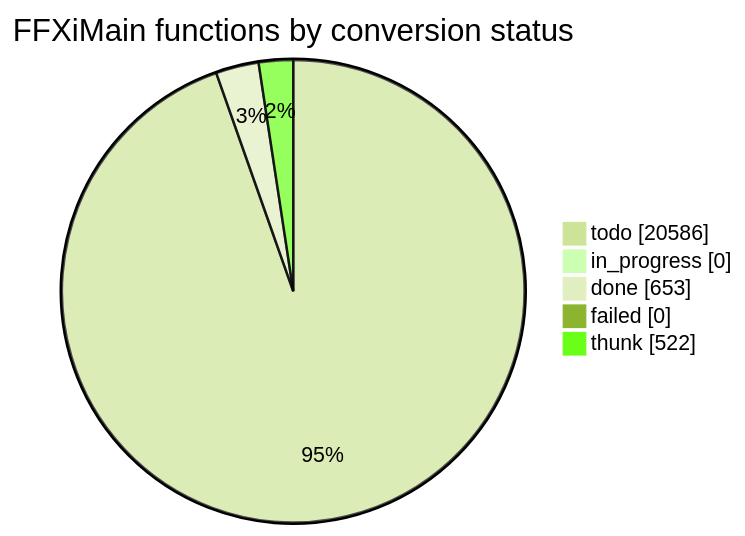
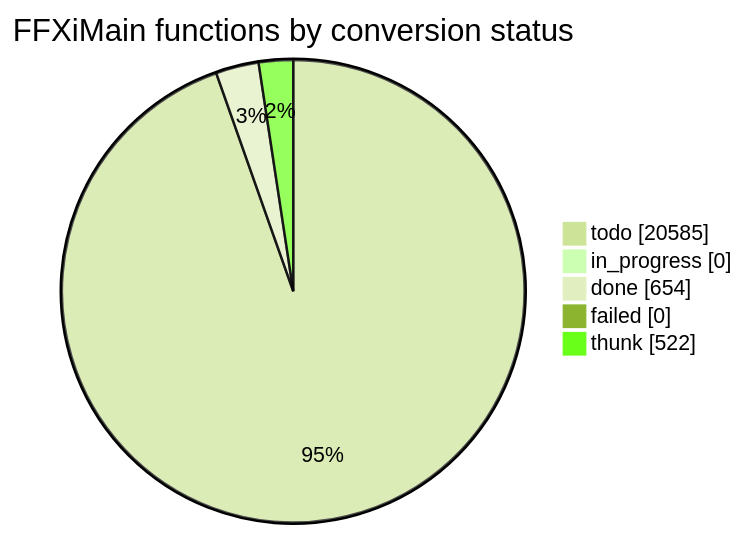
Before and after one commit to cowrevenge/cow_kuluu_xi_anything: the diagram in docs/cow/STATUS.md, drawn with Mermaid (forest theme). The commit also changed other lines of this file and 9 other files, not shown here.

````diff
--- a/docs/cow/STATUS.md
+++ b/docs/cow/STATUS.md
@@ -18,9 +18,9 @@
 ```mermaid
 pie showData
     title FFXiMain functions by conversion status
-    "todo" : 20586
+    "todo" : 20585
     "in_progress" : 0
-    "done" : 653
+    "done" : 654
     "failed" : 0
     "thunk" : 522
 ```
````
